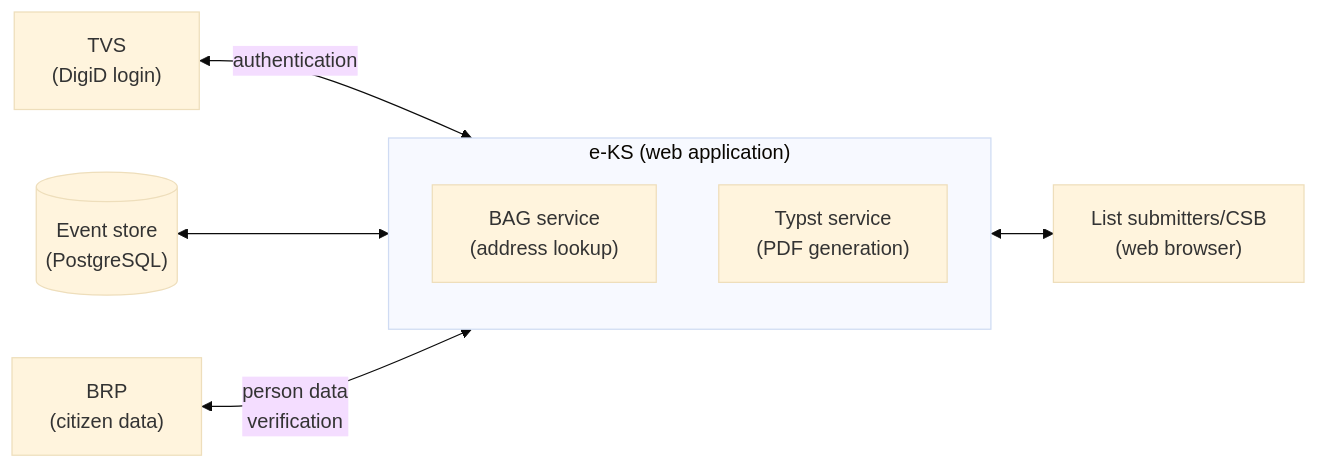
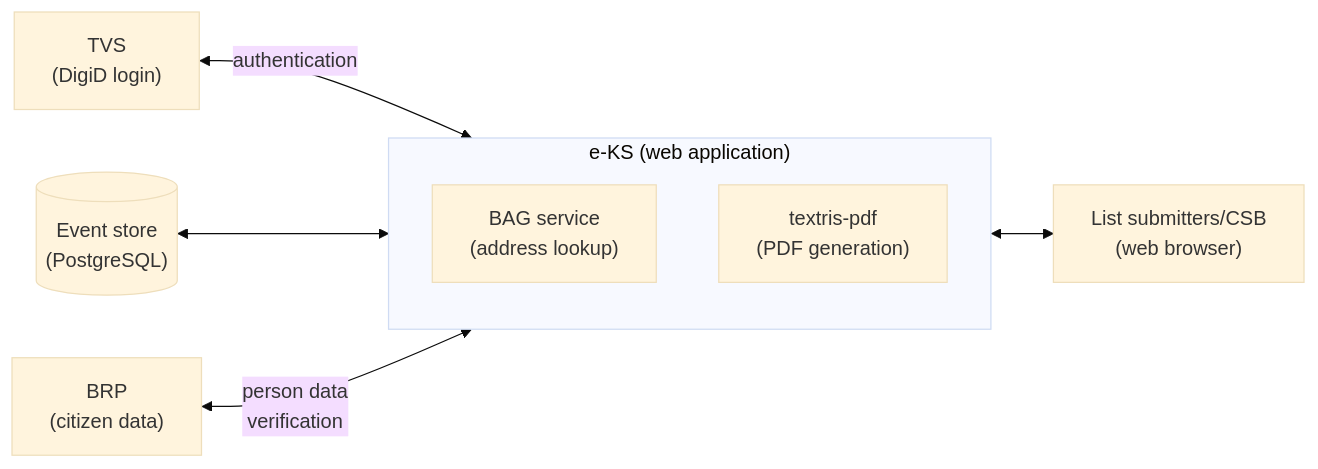
Before and after one commit to kiesraad/e-KS: the diagram in docs/code-architecture.md, drawn with Mermaid (base theme). The commit also changed other lines of this file and 95 other files, not shown here.

Commit message:
Migrate from typst to textris-pdf

````diff
--- a/docs/code-architecture.md
+++ b/docs/code-architecture.md
@@ -18,18 +18,18 @@
 ```mermaid
 graph LR
     TVS["TVS\n(DigiD login)"]
     BRP["BRP\n(citizen data)"]
     DB[("Event store\n(PostgreSQL)")]
     User["List submitters/CSB\n(web browser)"]
 
     subgraph eks["e-KS (web application)"]
         direction TB
         BAG["BAG service\n(address lookup)"]
-        typst["Typst service\n(PDF generation)"]
+        pdf["textris-pdf\n(PDF generation)"]
     end
 
     TVS <-- "authentication" --> eks
     DB <--> eks
     BRP <-- "person data\nverification" --> eks
     eks <--> User
 ```
````
